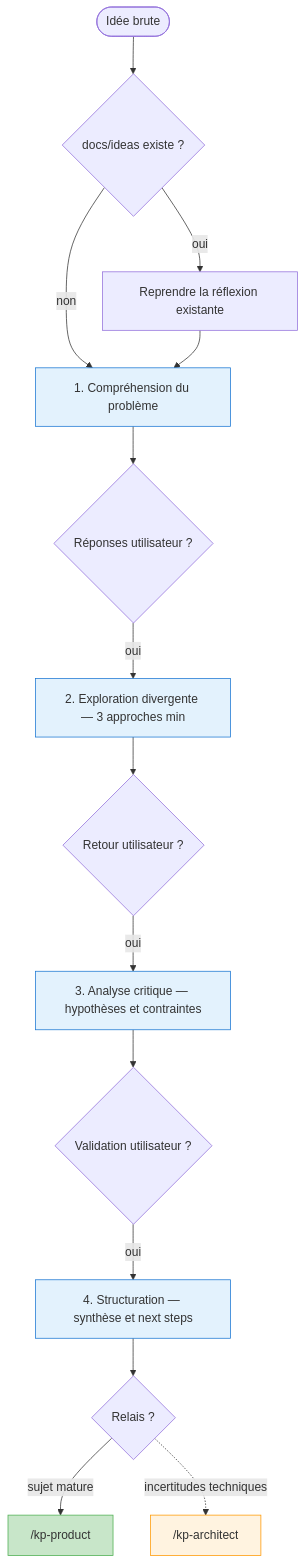
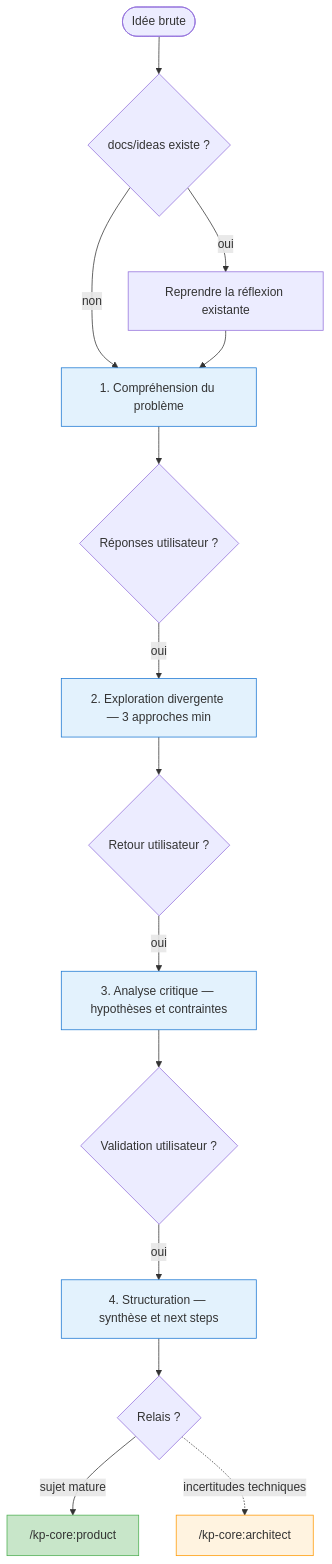
The second of 8 diagrams in docs/agents.md (KeyProd/kp-agents), drawn with Mermaid before and after one commit. The commit also changed other lines of this file and 3 other files, not shown here.

First line of the commit message:
feat(S-0002): update documentation to reflect plugin marketplace architecture

````diff
--- a/docs/agents.md
+++ b/docs/agents.md
@@ -101,33 +74,33 @@
 ```mermaid
 flowchart TD
     START([Idée brute]) --> CHECK{docs/ideas existe ?}
     CHECK -->|oui| REPRISE[Reprendre la réflexion existante]
     CHECK -->|non| COMP
     REPRISE --> COMP
 
     COMP[1. Compréhension du problème]
     COMP --> STOP1{Réponses utilisateur ?}
     STOP1 -->|oui| EXPLO
 
     EXPLO[2. Exploration divergente — 3 approches min]
     EXPLO --> STOP2{Retour utilisateur ?}
     STOP2 -->|oui| CRIT
 
     CRIT[3. Analyse critique — hypothèses et contraintes]
     CRIT --> STOP3{Validation utilisateur ?}
     STOP3 -->|oui| STRUCT
 
     STRUCT[4. Structuration — synthèse et next steps]
     STRUCT --> OUT
 
     OUT{Relais ?}
-    OUT -->|sujet mature| PRODUCT["/kp-product"]
-    OUT -.->|incertitudes techniques| ARCHITECT["/kp-architect"]
+    OUT -->|sujet mature| PRODUCT["/kp-core:product"]
+    OUT -.->|incertitudes techniques| ARCHITECT["/kp-core:architect"]
 
     style COMP fill:#e3f2fd,stroke:#1976D2
     style EXPLO fill:#e3f2fd,stroke:#1976D2
     style CRIT fill:#e3f2fd,stroke:#1976D2
     style STRUCT fill:#e3f2fd,stroke:#1976D2
     style PRODUCT fill:#c8e6c9,stroke:#4CAF50
     style ARCHITECT fill:#fff3e0,stroke:#FF9800
 ```
````
